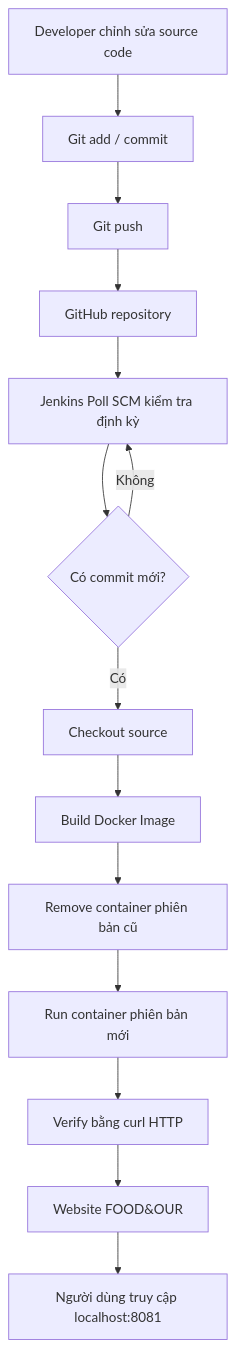
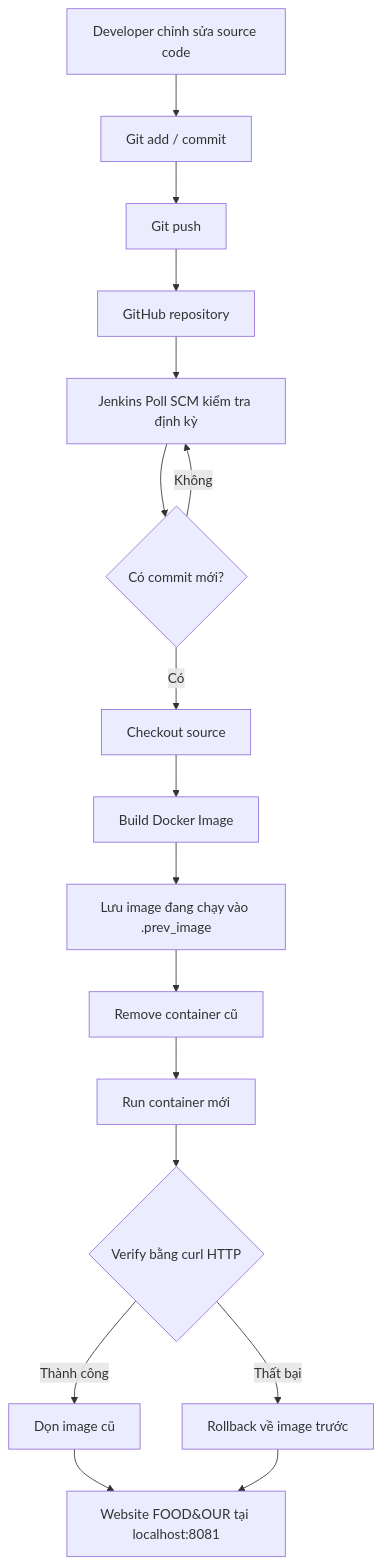
The diagram in README.md (ManchesterUnited-22/devops_configure), drawn with Mermaid before and after one commit. The commit also changed other lines of this file and 5 other files, not shown here.

````diff
--- a/README.md
+++ b/README.md
@@ -61,16 +127,19 @@
 ```mermaid
 flowchart TD
     A[Developer chỉnh sửa source code] --> B[Git add / commit]
     B --> C[Git push]
     C --> D[GitHub repository]
     D --> E[Jenkins Poll SCM kiểm tra định kỳ]
     E --> F{Có commit mới?}
     F -- Không --> E
     F -- Có --> G[Checkout source]
     G --> H[Build Docker Image]
-    H --> I[Remove container phiên bản cũ]
-    I --> J[Run container phiên bản mới]
-    J --> K[Verify bằng curl HTTP]
-    K --> L[Website FOOD&OUR]
-    L --> M[Người dùng truy cập localhost:8081]
+    H --> I[Lưu image đang chạy vào .prev_image]
+    I --> J[Remove container cũ]
+    J --> K[Run container mới]
+    K --> L{Verify bằng curl HTTP}
+    L -- Thành công --> M[Dọn image cũ]
+    M --> N[Website FOOD&OUR tại localhost:8081]
+    L -- Thất bại --> O[Rollback về image trước]
+    O --> N
 ```
````
